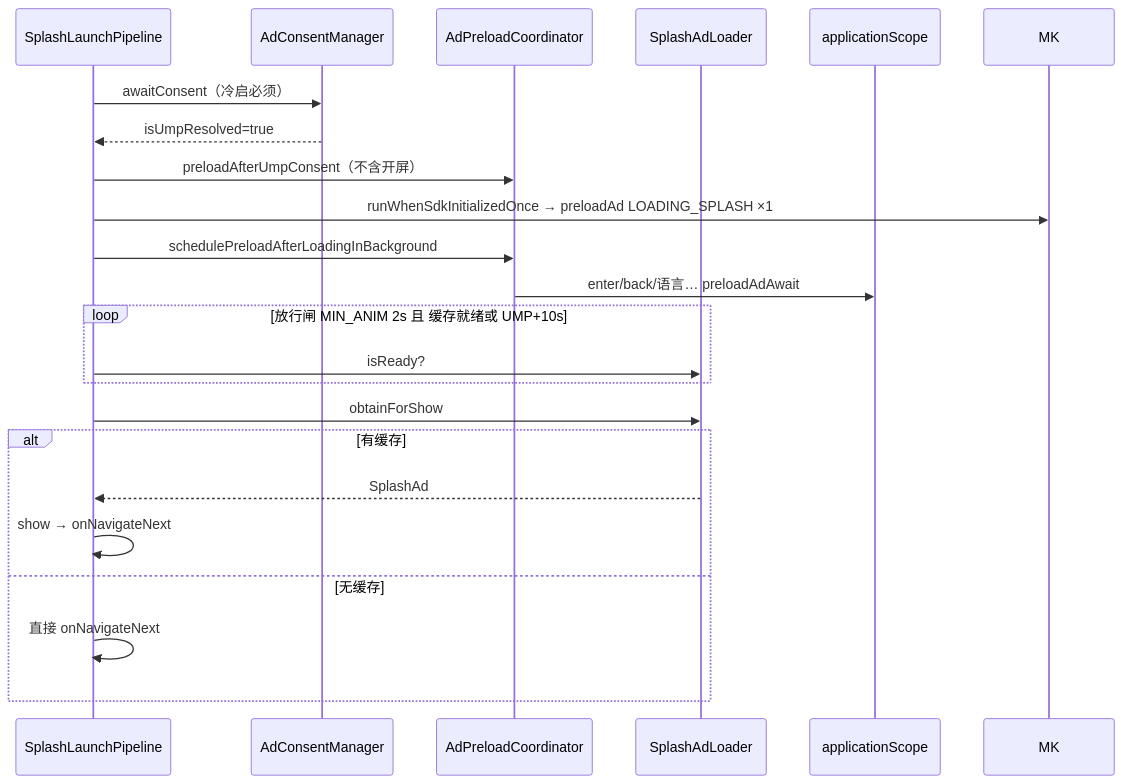
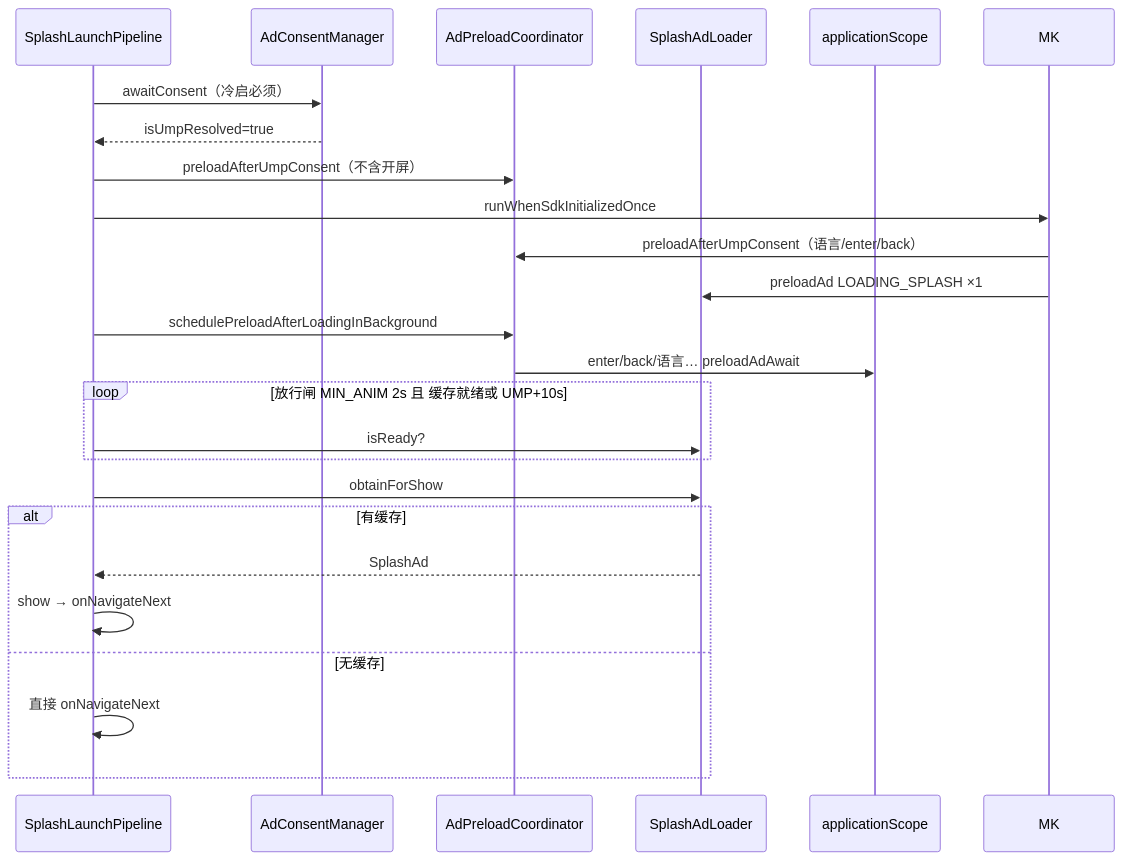
Before and after one commit to captainGithubAccount/skill: the diagram in admob广告/splash-loading.md, drawn with Mermaid. The commit also changed other lines of this file and 6 other files, not shown here.

````diff
--- a/admob广告/splash-loading.md
+++ b/admob广告/splash-loading.md
@@ -12,25 +12,27 @@
 ```mermaid
 sequenceDiagram
     participant S as SplashLaunchPipeline
     participant UMP as AdConsentManager
     participant C as AdPreloadCoordinator
     participant L as SplashAdLoader
     participant BG as applicationScope
 
     S->>UMP: awaitConsent（冷启必须）
     UMP-->>S: isUmpResolved=true
     S->>C: preloadAfterUmpConsent（不含开屏）
-    S->>MK: runWhenSdkInitializedOnce → preloadAd LOADING_SPLASH ×1
+    S->>MK: runWhenSdkInitializedOnce
+    MK->>C: preloadAfterUmpConsent（语言/enter/back）
+    MK->>L: preloadAd LOADING_SPLASH ×1
     S->>C: schedulePreloadAfterLoadingInBackground
     C->>BG: enter/back/语言… preloadAdAwait
     loop 放行闸 MIN_ANIM 2s 且 缓存就绪或 UMP+10s
         S->>L: isReady?
     end
     S->>L: obtainForShow
     alt 有缓存
         L-->>S: SplashAd
         S->>S: show → onNavigateNext
     else 无缓存
         S->>S: 直接 onNavigateNext
     end
 ```
````
